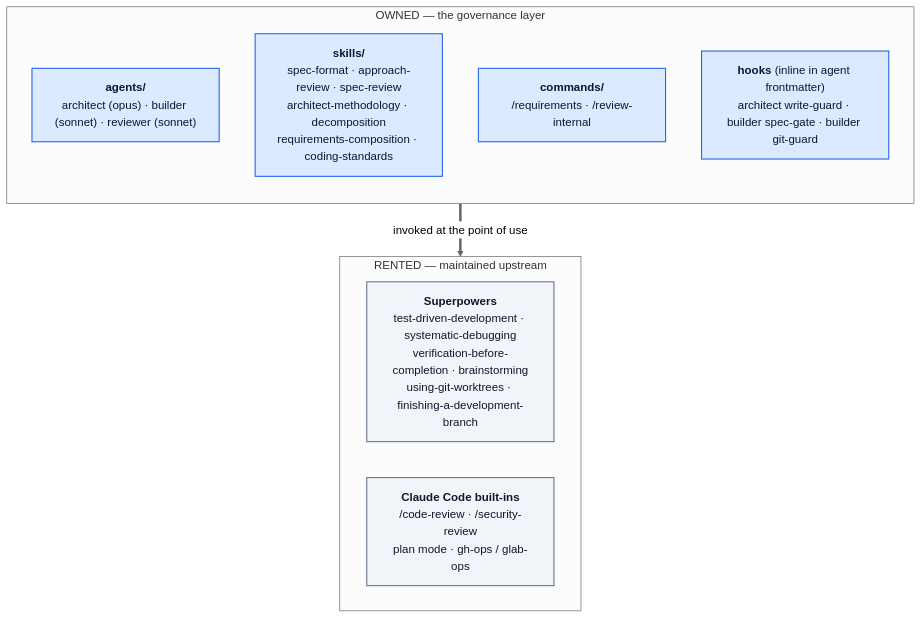
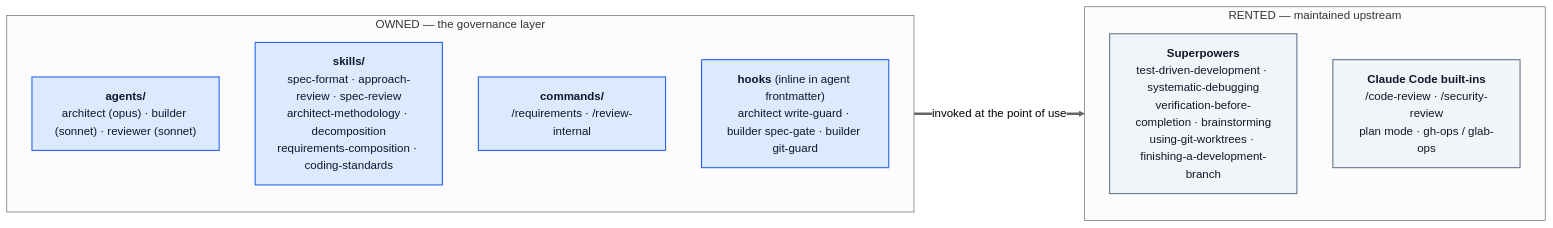
One commit to AmirAnckonina/aa-agentic-workflow changed the diagram in docs/DESIGN.md. Above: the diagram before and after it, drawn with Mermaid (neutral theme). The commit also changed 2 other files, not shown here.

Commit message:
Redraw docs diagrams left-to-right; fix stale label and awkward line breaks
The README pipeline flowchart rendered 522x1940 (ratio 3.7:1) — a narrow
tower with dead space; the WORKFLOW routing ladder was similar. Both are
now flowchart LR bands (2500x340 and 1600x370), and the DESIGN
owned/rented map follows (2140x300), so each diagram reads in one
screen-width pass. Verified rendered in a local mermaid page.

Text fixes: the README fast-path edge still said "ordinary feature"
(pre-0.8.0 vocabulary) — now "standard feature"; the Architect routing
node's mid-phrase breaks ("diagnoses entry + rigor,/designs, splits into
units if needed") re-broken on phrase boundaries; brief moved to an edge
label and the /requirements node trimmed to keep the LR band compact.

````diff
--- a/docs/DESIGN.md
+++ b/docs/DESIGN.md
@@ -44,22 +44,23 @@
 ```mermaid
-flowchart TB
+flowchart LR
     subgraph OWN["OWNED — the governance layer"]
         direction TB
         AG["<b>agents/</b><br/>architect (opus) · builder (sonnet) · reviewer (sonnet)"]
         SK["<b>skills/</b><br/>spec-format · approach-review · spec-review<br/>architect-methodology · decomposition<br/>requirements-composition · coding-standards"]
         CM["<b>commands/</b><br/>/requirements · /review-internal"]
         HK["<b>hooks</b> (inline in agent frontmatter)<br/>architect write-guard · builder spec-gate · builder git-guard"]
     end
 
     subgraph RENT["RENTED — maintained upstream"]
+        direction TB
         SP["<b>Superpowers</b><br/>test-driven-development · systematic-debugging<br/>verification-before-completion · brainstorming<br/>using-git-worktrees · finishing-a-development-branch"]
         BI["<b>Claude Code built-ins</b><br/>/code-review · /security-review<br/>plan mode · gh-ops / glab-ops"]
     end
 
     OWN ==>|"invoked at the point of use"| RENT
 
     classDef own fill:#dbeafe,stroke:#2563eb,stroke-width:1.5px,color:#0f172a
     classDef rent fill:#f1f5f9,stroke:#64748b,stroke-width:1.5px,color:#0f172a
     class AG,SK,CM,HK own
     class SP,BI rent
 ```
````
